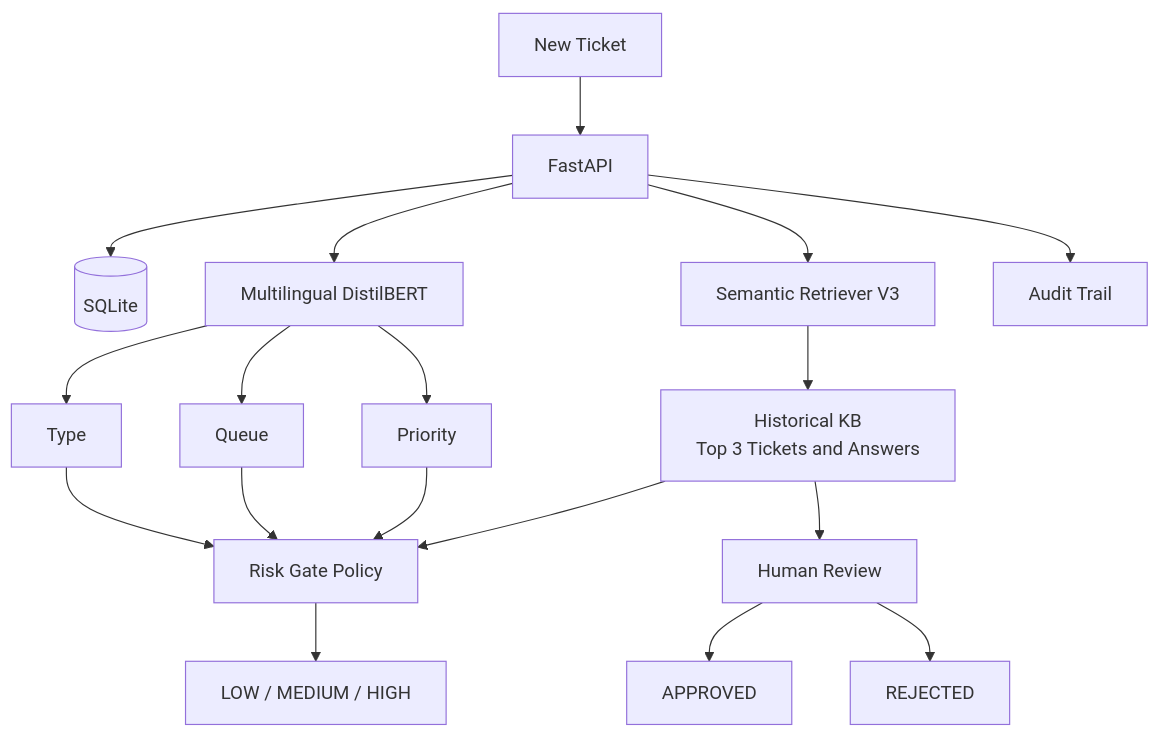
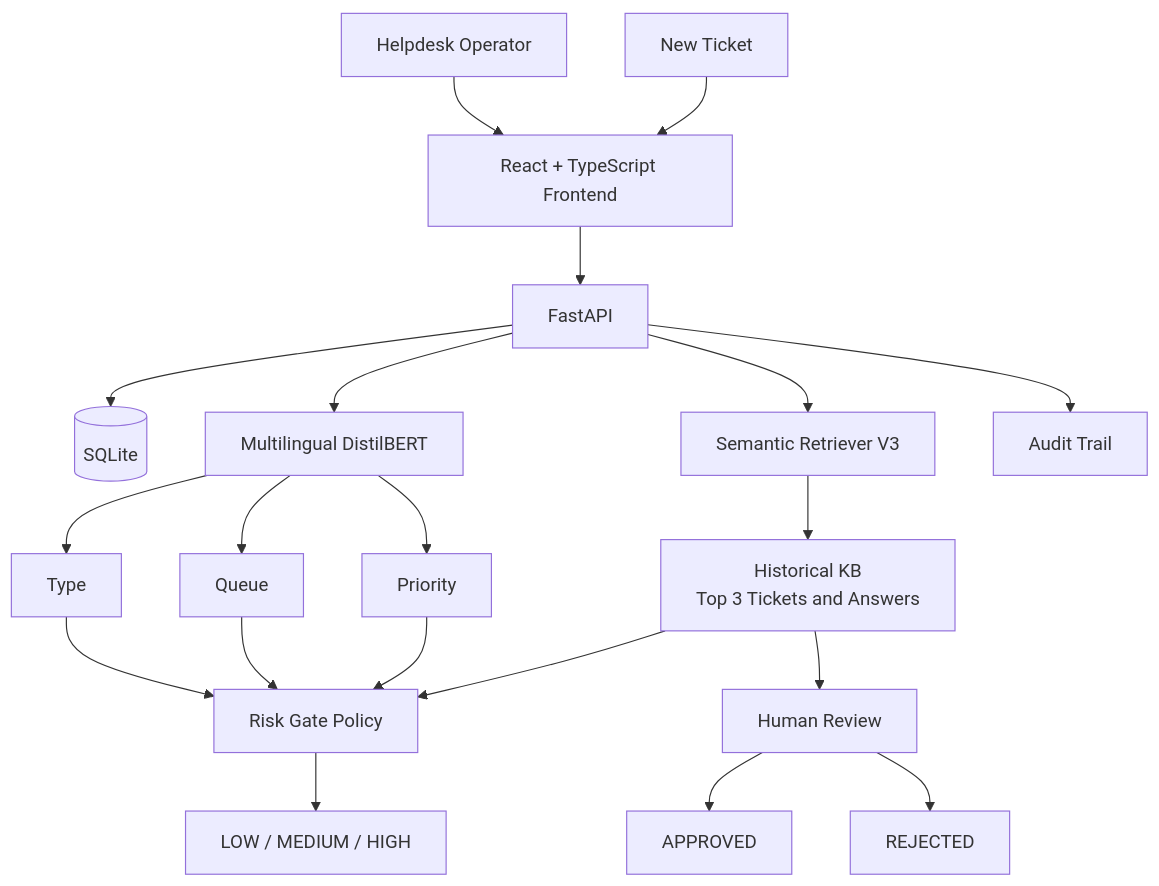
Before and after one commit to Zwonnyy/ai-helpdesk_office: the first of 2 diagrams in README.md, drawn with Mermaid. The commit also changed other lines of this file and 34 other files, not shown here.

Commit message:
feat: add helpdesk frontend and Korean localization

````diff
--- a/README.md
+++ b/README.md
@@ -19,18 +19,20 @@
 ```mermaid
 flowchart TD
-    A[New Ticket] --> B[FastAPI] --> C[(SQLite)]
+    U[Helpdesk Operator] --> UI[React + TypeScript Frontend]
+    UI --> B[FastAPI] --> C[(SQLite)]
+    A[New Ticket] --> UI
     B --> D[Multilingual DistilBERT]
     D --> D1[Type]
     D --> D2[Queue]
     D --> D3[Priority]
     B --> E[Semantic Retriever V3] --> F[Historical KB<br/>Top 3 Tickets and Answers]
     D1 --> G[Risk Gate Policy]
     D2 --> G
     D3 --> G
     F --> G
     G --> H[LOW / MEDIUM / HIGH]
     F --> I[Human Review]
     I --> J[APPROVED]
     I --> K[REJECTED]
     B --> L[Audit Trail]
 ```
````
